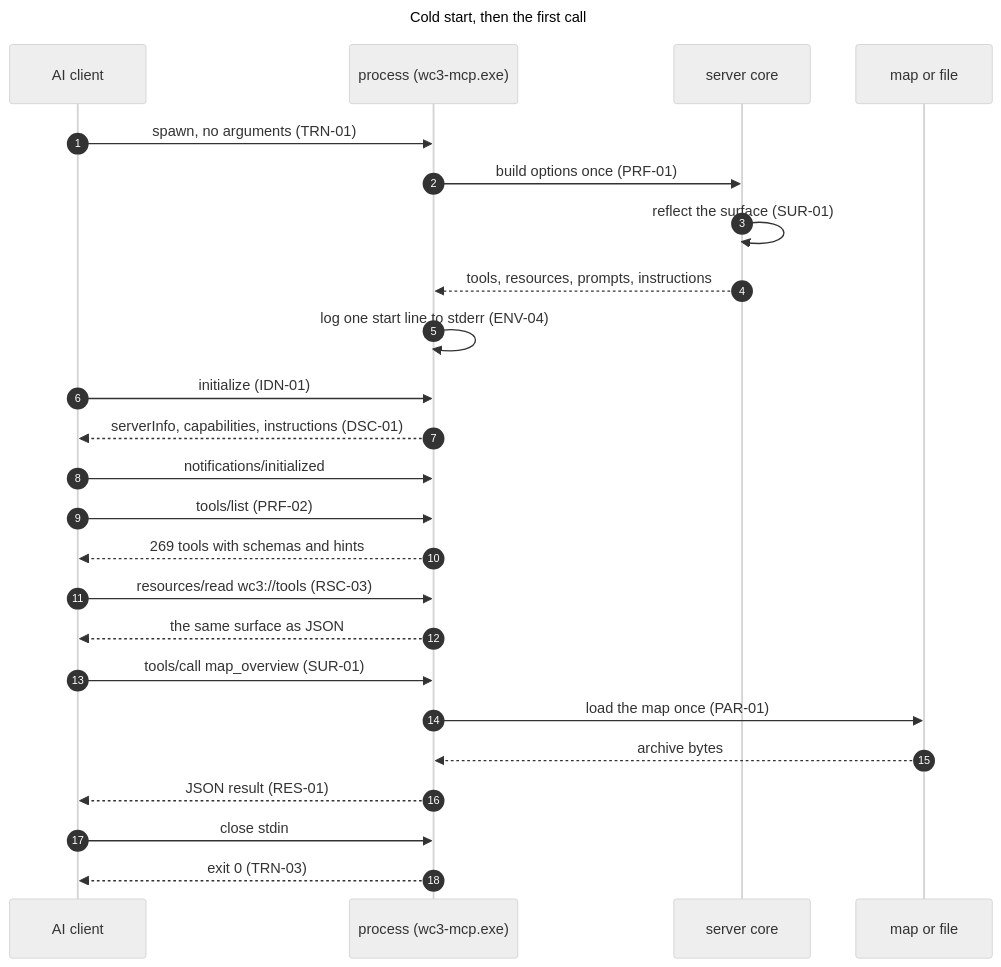
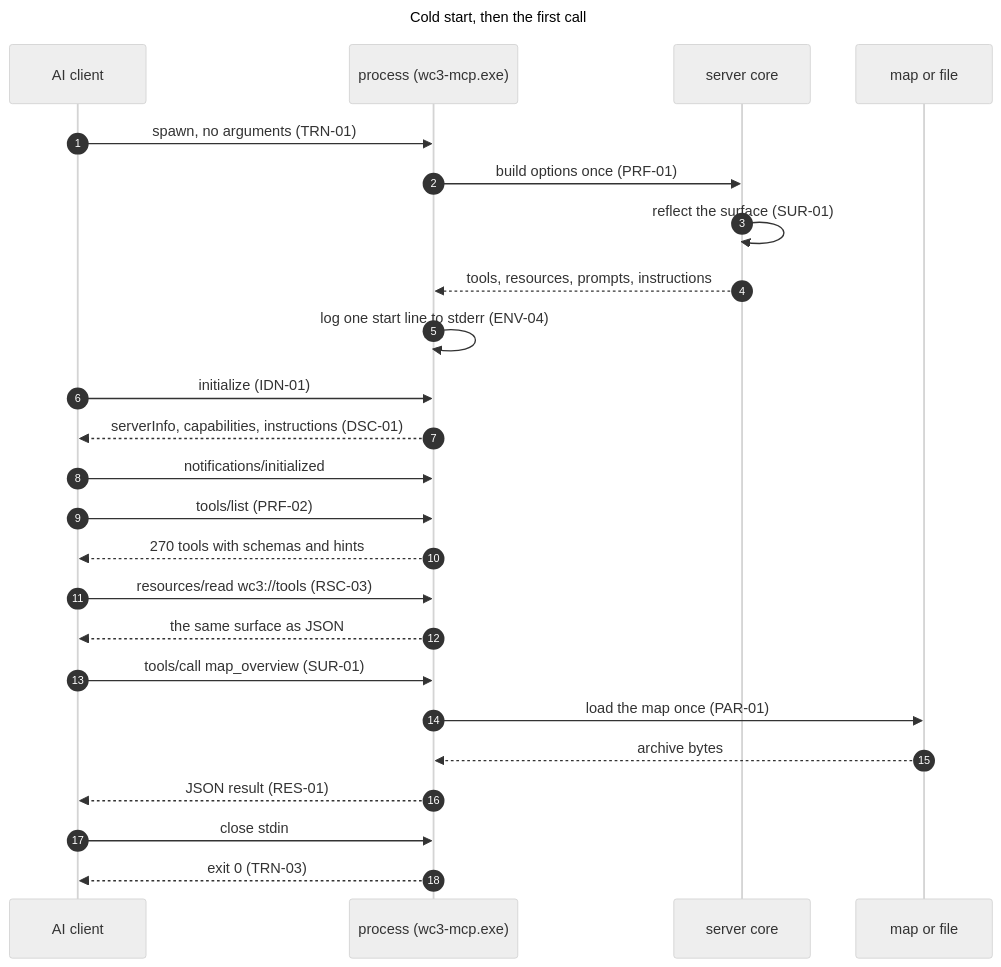
The second of 17 diagrams in docs/specification/wc3-mcp-specification-v1.md (GodMephisto/wc3-mcp), drawn with Mermaid (neutral theme) before and after one commit. The commit also changed other lines of this file and 1 other file, not shown here.

````diff
--- a/docs/specification/wc3-mcp-specification-v1.md
+++ b/docs/specification/wc3-mcp-specification-v1.md
@@ -748,30 +771,30 @@
 ```mermaid
 ---
 title: Cold start, then the first call
 ---
 sequenceDiagram
     autonumber
     participant C as AI client
     participant P as process (wc3-mcp.exe)
     participant S as server core
     participant F as map or file
 
     C->>P: spawn, no arguments (TRN-01)
     P->>S: build options once (PRF-01)
     S->>S: reflect the surface (SUR-01)
     S-->>P: tools, resources, prompts, instructions
     P->>P: log one start line to stderr (ENV-04)
     C->>P: initialize (IDN-01)
     P-->>C: serverInfo, capabilities, instructions (DSC-01)
     C->>P: notifications/initialized
     C->>P: tools/list (PRF-02)
-    P-->>C: 269 tools with schemas and hints
+    P-->>C: 270 tools with schemas and hints
     C->>P: resources/read wc3://tools (RSC-03)
     P-->>C: the same surface as JSON
     C->>P: tools/call map_overview (SUR-01)
     P->>F: load the map once (PAR-01)
     F-->>P: archive bytes
     P-->>C: JSON result (RES-01)
     C->>P: close stdin
     P-->>C: exit 0 (TRN-03)
 ```
````
